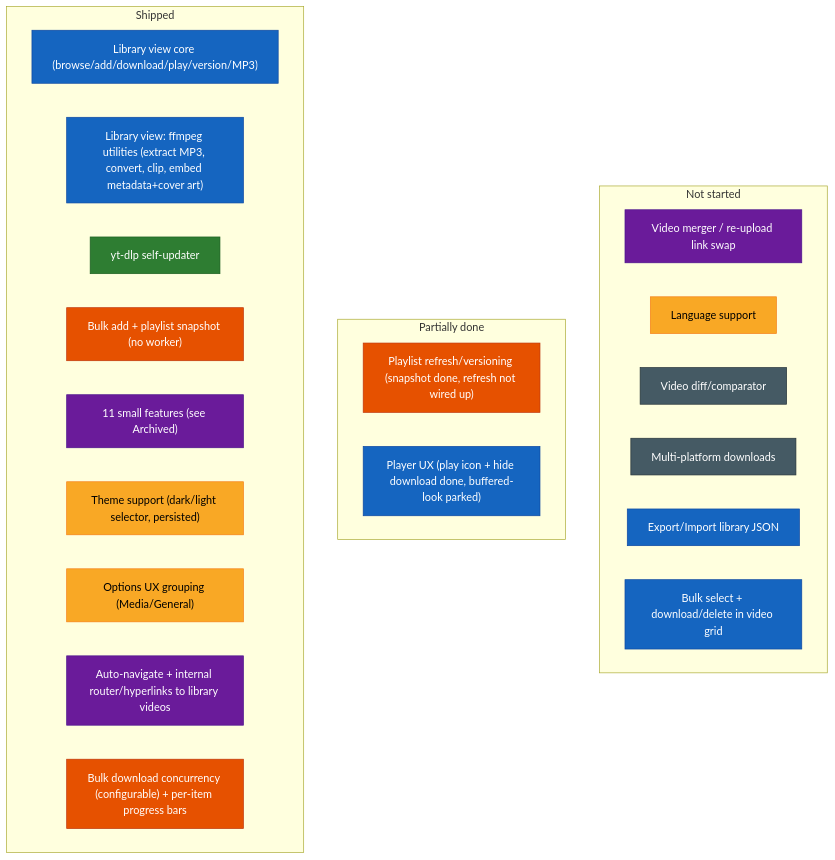
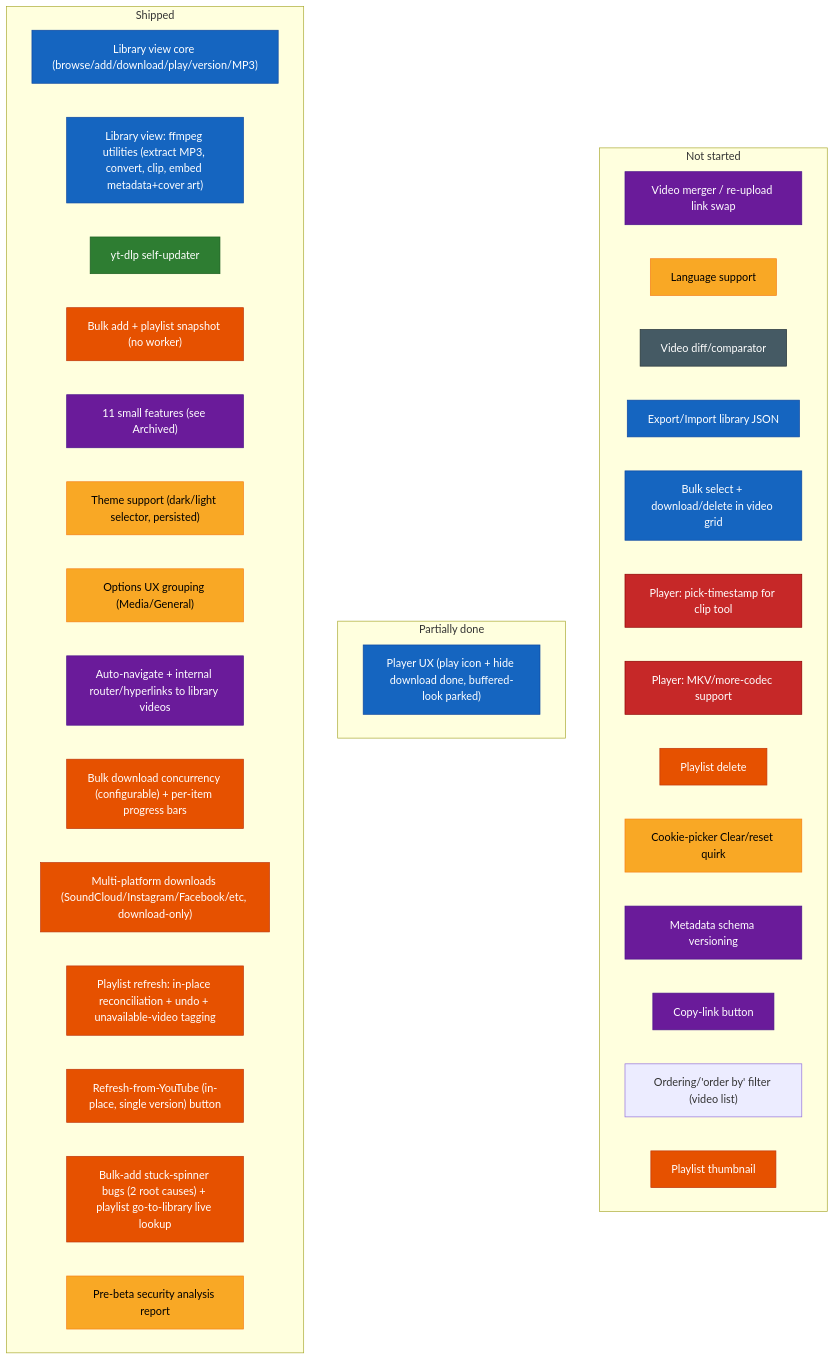
The diagram in futureSpecsFeedback.md (SlothSoftworks/Sloth-Archiver), drawn with Mermaid before and after one commit. The commit also changed other lines of this file and 8 other files, not shown here.

Commit message:
feat: add improvements for cookie menu and metadata versioning

````diff
--- a/futureSpecsFeedback.md
+++ b/futureSpecsFeedback.md
@@ -38,47 +57,60 @@
 ```mermaid
 flowchart LR
     classDef library fill:#1565c0,stroke:#0d47a1,color:#fff
     classDef updater fill:#2e7d32,stroke:#1b5e20,color:#fff
     classDef playlist fill:#e65100,stroke:#bf360c,color:#fff
     classDef smallfeat fill:#6a1b9a,stroke:#4a148c,color:#fff
     classDef qol fill:#f9a825,stroke:#f57f17,color:#000
     classDef longshot fill:#455a64,stroke:#263238,color:#fff
+    classDef player fill:#c62828,stroke:#8e0000,color:#fff
 
     subgraph DONE["Shipped"]
         direction LR
         d1["Library view core (browse/add/download/play/version/MP3)"]
         d1b["Library view: ffmpeg utilities (extract MP3, convert, clip, embed metadata+cover art)"]
         d2["yt-dlp self-updater"]
         d3["Bulk add + playlist snapshot (no worker)"]
         d4["11 small features (see Archived)"]
         d5["Theme support (dark/light selector, persisted)"]
         d6["Options UX grouping (Media/General)"]
         d7["Auto-navigate + internal router/hyperlinks to library videos"]
         d8["Bulk download concurrency (configurable) + per-item progress bars"]
+        d9["Multi-platform downloads (SoundCloud/Instagram/Facebook/etc, download-only)"]
+        d10["Playlist refresh: in-place reconciliation + undo + unavailable-video tagging"]
+        d11["Refresh-from-YouTube (in-place, single version) button"]
+        d12["Bulk-add stuck-spinner bugs (2 root causes) + playlist go-to-library live lookup"]
+        d13["Pre-beta security analysis report"]
     end
 
     subgraph PARTIAL["Partially done"]
         direction LR
-        p2["Playlist refresh/versioning (snapshot done, refresh not wired up)"]
         p3["Player UX (play icon + hide download done, buffered-look parked)"]
     end
 
     subgraph TODO["Not started"]
         direction LR
         t1["Video merger / re-upload link swap"]
         t6["Language support"]
         t7["Video diff/comparator"]
-        t8["Multi-platform downloads"]
         t9["Export/Import library JSON"]
         t10["Bulk select + download/delete in video grid"]
+        t11["Player: pick-timestamp for clip tool"]
+        t12["Player: MKV/more-codec support"]
+        t13["Playlist delete"]
+        t14["Cookie-picker Clear/reset quirk"]
+        t15["Metadata schema versioning"]
+        t16["Copy-link button"]
+        t17["Ordering/'order by' filter (video list)"]
+        t18["Playlist thumbnail"]
     end
 
     DONE ~~~ PARTIAL ~~~ TODO
 
     class d1,d1b,p3,t9,t10 library
     class d2 updater
-    class d3,d8,p2 playlist
-    class d4,d7,t1 smallfeat
-    class d5,d6,t6 qol
-    class t7,t8 longshot
+    class d3,d8,d9,d10,d11,d12,t13,t18 playlist
+    class d4,d7,t1,t15,t16 smallfeat
+    class d5,d6,d13,t6,t14 qol
+    class t7 longshot
+    class t11,t12 player
 ```
````
